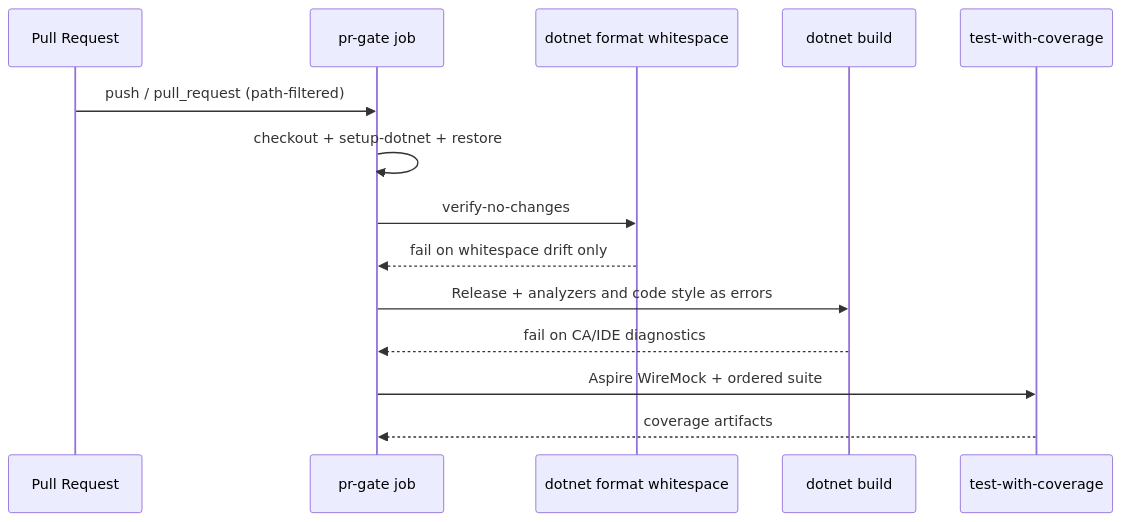
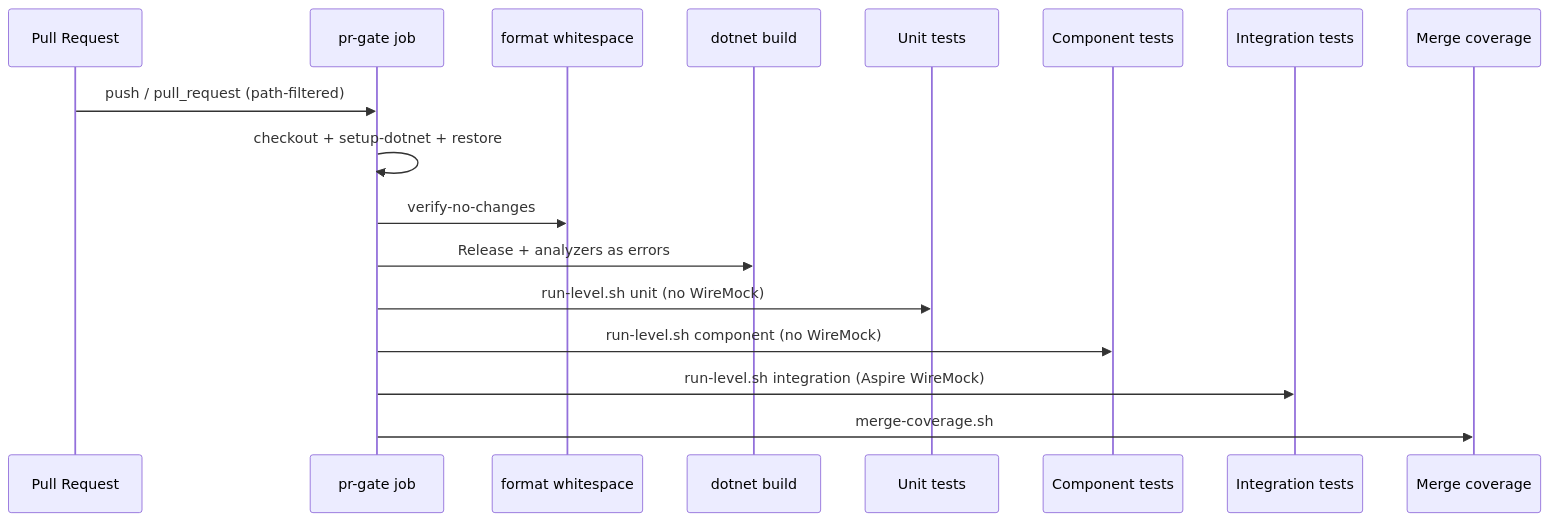
The diagram in .github/CI_AGENTS.md (generic-automation-and-it/smooth-ai-stockanalysis), drawn with Mermaid before and after one commit. The commit also changed other lines of this file and 10 other files, not shown here.

First line of the commit message:
docs: record per-level test gate and architecture enforcement

````diff
--- a/.github/CI_AGENTS.md
+++ b/.github/CI_AGENTS.md
@@ -21,17 +30,20 @@
 ```mermaid
 sequenceDiagram
     participant PR as Pull Request
     participant Gate as pr-gate job
-    participant Format as dotnet format whitespace
+    participant Format as format whitespace
     participant Build as dotnet build
-    participant Tests as test-with-coverage
+    participant Unit as Unit tests
+    participant Comp as Component tests
+    participant Integ as Integration tests
+    participant Cov as Merge coverage
 
     PR->>Gate: push / pull_request (path-filtered)
     Gate->>Gate: checkout + setup-dotnet + restore
     Gate->>Format: verify-no-changes
-    Format-->>Gate: fail on whitespace drift only
-    Gate->>Build: Release + analyzers and code style as errors
-    Build-->>Gate: fail on CA/IDE diagnostics
-    Gate->>Tests: Aspire WireMock + ordered suite
-    Tests-->>Gate: coverage artifacts
+    Gate->>Build: Release + analyzers as errors
+    Gate->>Unit: run-level.sh unit (no WireMock)
+    Gate->>Comp: run-level.sh component (no WireMock)
+    Gate->>Integ: run-level.sh integration (Aspire WireMock)
+    Gate->>Cov: merge-coverage.sh
 ```
````
